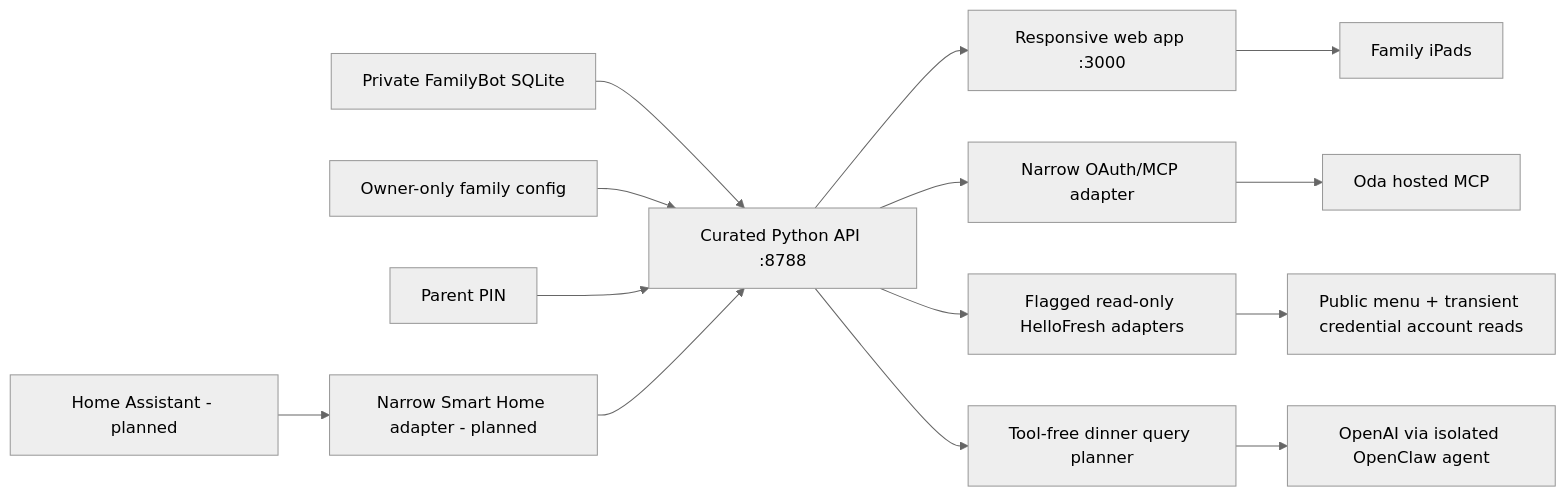
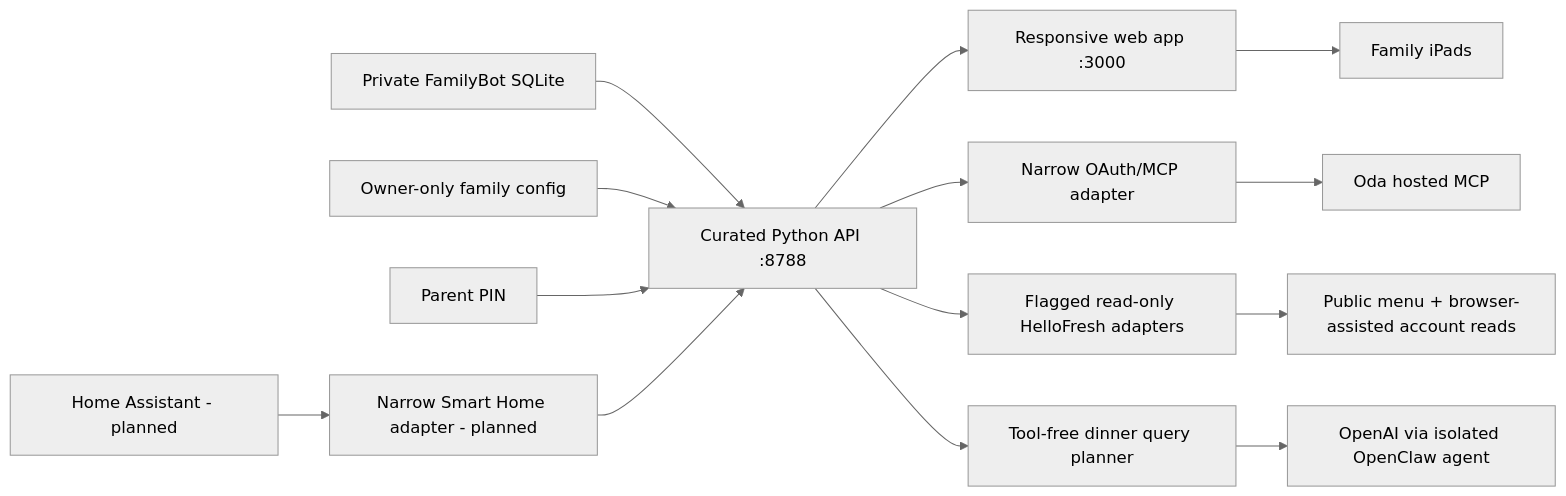
One commit to TrygveAasheim/familybot-portal changed the diagram in docs/DEVELOPMENT_GUIDE.md. Above: the diagram before and after it, drawn with Mermaid (neutral theme). The commit also changed other lines of this file and 14 other files, not shown here.

````diff
--- a/docs/DEVELOPMENT_GUIDE.md
+++ b/docs/DEVELOPMENT_GUIDE.md
@@ -25,16 +25,16 @@
 ```mermaid
 flowchart LR
   DB["Private FamilyBot SQLite"] --> API["Curated Python API :8788"]
   Config["Owner-only family config"] --> API
   API --> Web["Responsive web app :3000"]
   API --> Oda["Narrow OAuth/MCP adapter"]
   Oda --> OdaMCP["Oda hosted MCP"]
   API --> HF["Flagged read-only HelloFresh adapters"]
-  HF --> HFNO["Public menu + transient credential account reads"]
+  HF --> HFNO["Public menu + browser-assisted account reads"]
   API --> Dinner["Tool-free dinner query planner"]
   Dinner --> OpenAI["OpenAI via isolated OpenClaw agent"]
   Web --> iPad["Family iPads"]
   Parent["Parent PIN"] --> API
   HA["Home Assistant - planned"] --> Smart["Narrow Smart Home adapter - planned"]
   Smart --> API
 ```
````
